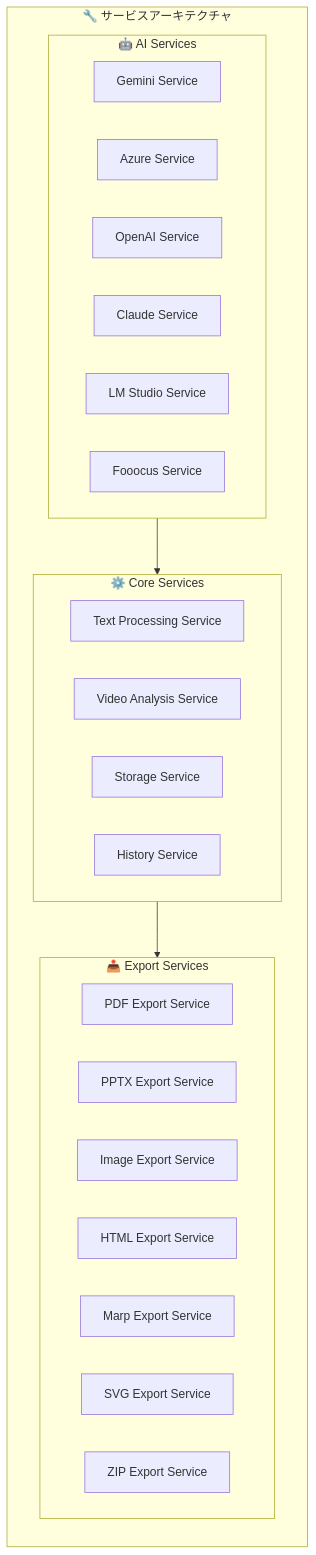
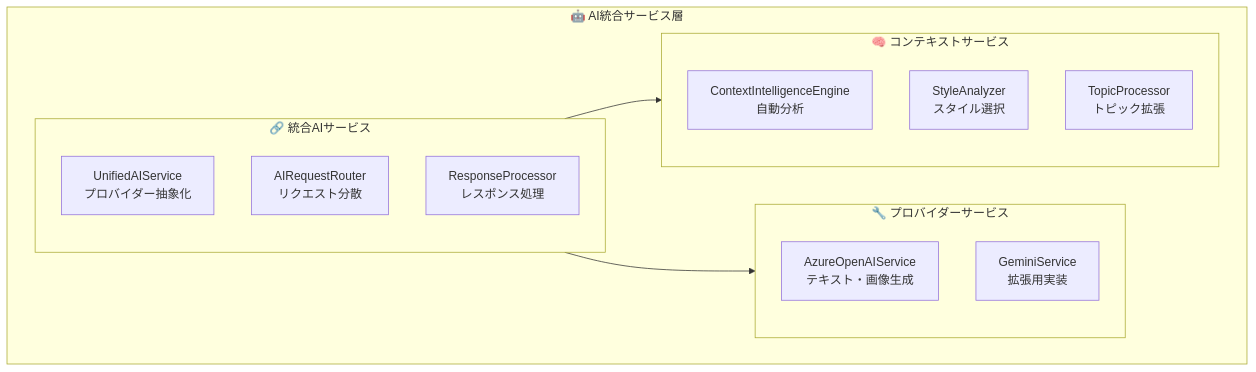
One commit to t2k2pp/SlideMaster changed the sixth of 9 diagrams in docs/02_Basic_Design.md. Above: the diagram before and after it, drawn with Mermaid. The commit also changed other lines of this file and 4 other files, not shown here.

````diff
--- a/docs/02_Basic_Design.md
+++ b/docs/02_Basic_Design.md
@@ -568,35 +440,24 @@
 ```mermaid
 graph TD
-    subgraph Service_Architecture["🔧 サービスアーキテクチャ"]
-        direction TB
-        
-        subgraph AI_Services["🤖 AI Services"]
-            GeminiService["Gemini Service"]
-            AzureService["Azure Service"]
-            OpenAIService["OpenAI Service"]
-            ClaudeService["Claude Service"]
-            LMStudioService["LM Studio Service"]
-            FooucusService["Fooocus Service"]
+    subgraph AI_Services["🤖 AI統合サービス層"]
+        subgraph Unified_Service["🔗 統合AIサービス"]
+            UnifiedAI["UnifiedAIService<br/>プロバイダー抽象化"]
+            RequestRouter["AIRequestRouter<br/>リクエスト分散"]
+            ResponseProcessor["ResponseProcessor<br/>レスポンス処理"]
         end
         
-        subgraph Core_Services["⚙️ Core Services"]
-            TextService["Text Processing Service"]
-            VideoService["Video Analysis Service"]
-            StorageService["Storage Service"]
-            HistoryService["History Service"]
+        subgraph Provider_Services["🔧 プロバイダーサービス"]
+            AzureService["AzureOpenAIService<br/>テキスト・画像生成"]
+            GeminiService["GeminiService<br/>拡張用実装"]
         end
         
-        subgraph Export_Services["📤 Export Services"]
-            PDFService["PDF Export Service"]
-            PPTXService["PPTX Export Service"]
-            ImageService["Image Export Service"]
-            HTMLService["HTML Export Service"]
-            MarpService["Marp Export Service"]
-            SVGService["SVG Export Service"]
-            ZIPService["ZIP Export Service"]
+        subgraph Context_Services["🧠 コンテキストサービス"]
+            ContextEngine["ContextIntelligenceEngine<br/>自動分析"]
+            StyleAnalyzer["StyleAnalyzer<br/>スタイル選択"]
+            TopicProcessor["TopicProcessor<br/>トピック拡張"]
         end
     end
     
-    AI_Services --> Core_Services
-    Core_Services --> Export_Services
+    Unified_Service --> Provider_Services
+    Unified_Service --> Context_Services
 ```
````
